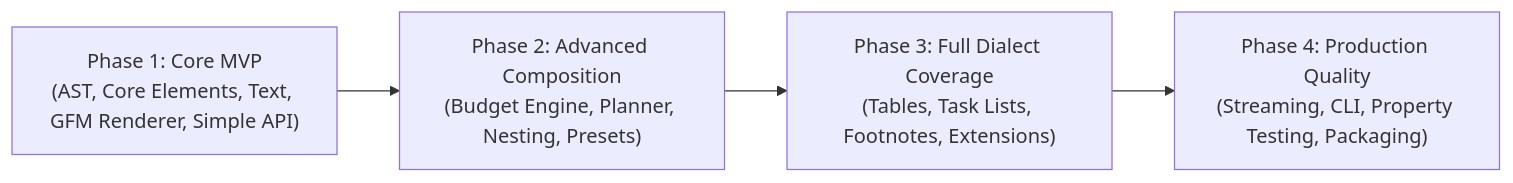
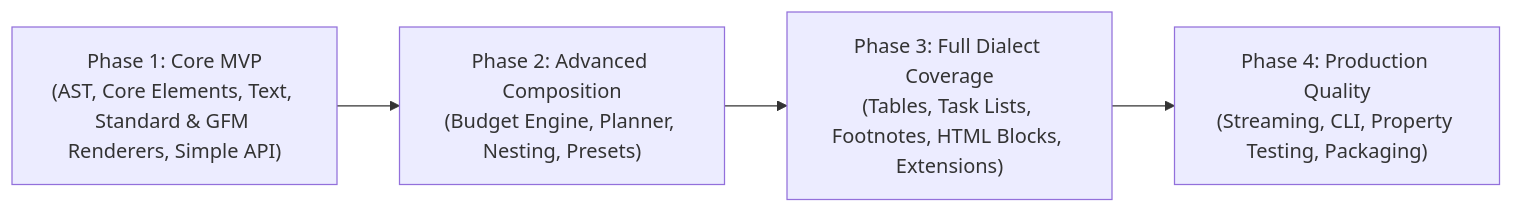
Before and after one commit to shakilapr/dummy-md: the diagram in work-plan.md, drawn with Mermaid. The commit also changed other lines of this file and 4 other files, not shown here.

Commit message:
docs: include exhaustive standard elements catalog and generalize dialect naming

````diff
--- a/work-plan.md
+++ b/work-plan.md
@@ -9,6 +9,6 @@
 ```mermaid
 flowchart LR
-    P1["Phase 1: Core MVP\n(AST, Core Elements, Text, GFM Renderer, Simple API)"] --> P2["Phase 2: Advanced Composition\n(Budget Engine, Planner, Nesting, Presets)"]
-    P2 --> P3["Phase 3: Full Dialect Coverage\n(Tables, Task Lists, Footnotes, Extensions)"]
+    P1["Phase 1: Core MVP\n(AST, Core Elements, Text, Standard & GFM Renderers, Simple API)"] --> P2["Phase 2: Advanced Composition\n(Budget Engine, Planner, Nesting, Presets)"]
+    P2 --> P3["Phase 3: Full Dialect Coverage\n(Tables, Task Lists, Footnotes, HTML Blocks, Extensions)"]
     P3 --> P4["Phase 4: Production Quality\n(Streaming, CLI, Property Testing, Packaging)"]
 ```
````
